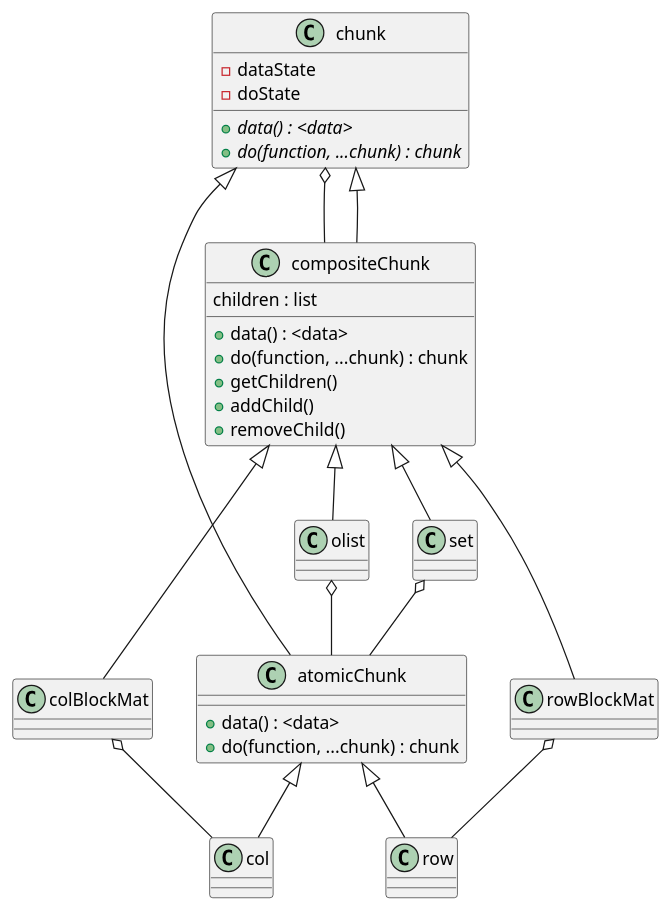
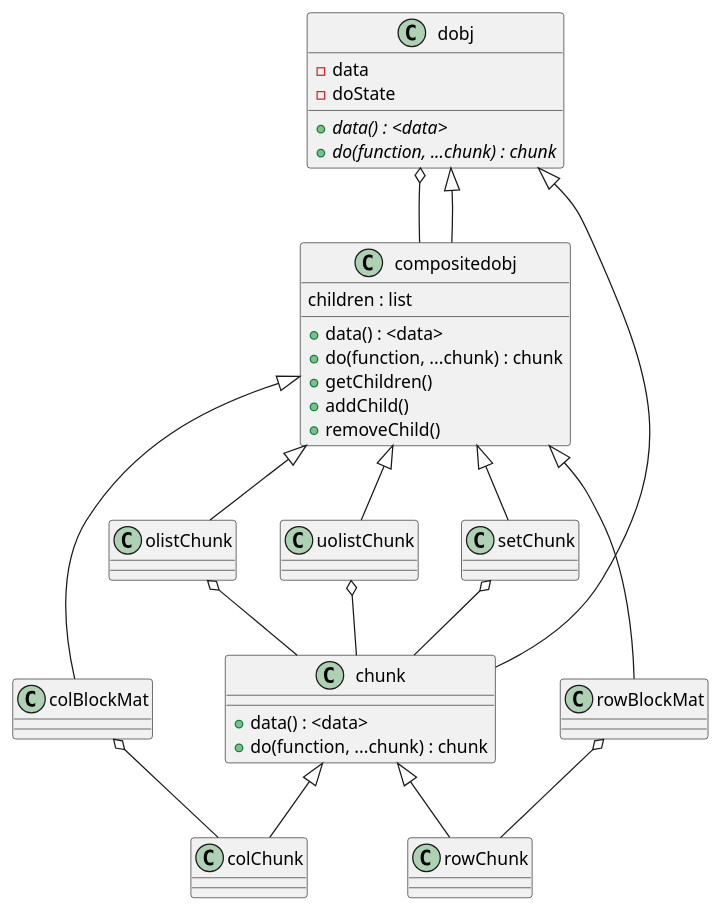
The diagram in img/chunkcomp.puml (jcai849/phd), drawn with PlantUML before and after one commit. The commit also changed 3 other files, not shown here.

```diff
--- a/img/chunkcomp.puml
+++ b/img/chunkcomp.puml
@@ -1,43 +1,45 @@
 @startuml
 
-class chunk {
-    -dataState
+class dobj {
+    -data
     -doState
     {abstract} +data() : <data>
     {abstract} +do(function, ...chunk) : chunk
 }
 
-class compositeChunk {
+class compositedobj {
 children : list
 +data() : <data>
 +do(function, ...chunk) : chunk
 +getChildren()
 +addChild()
 +removeChild()
 }
 
-class atomicChunk {
+class chunk {
 +data() : <data>
 +do(function, ...chunk) : chunk
 }
 
 
-chunk o-- compositeChunk
-chunk <|-- compositeChunk
-chunk <|-- atomicChunk
+dobj o-- compositedobj
+dobj <|-- compositedobj
+dobj <|-- chunk
 
-compositeChunk <|-- colBlockMat
-atomicChunk <|-- col
-colBlockMat o-- col
+compositedobj <|-- colBlockMat
+chunk <|-- colChunk
+colBlockMat o-- colChunk
 
-compositeChunk <|-- rowBlockMat
-atomicChunk <|-- row
-rowBlockMat o-- row
+compositedobj <|-- rowBlockMat
+chunk <|-- rowChunk
+rowBlockMat o-- rowChunk
 
-compositeChunk <|-- olist
-compositeChunk <|-- set
+compositedobj <|-- olistChunk
+compositedobj <|-- uolistChunk
+compositedobj <|-- setChunk
 
-olist o-- atomicChunk
-set o-- atomicChunk
+olistChunk o-- chunk
+uolistChunk o-- chunk
+setChunk o-- chunk
 
 @enduml
```
